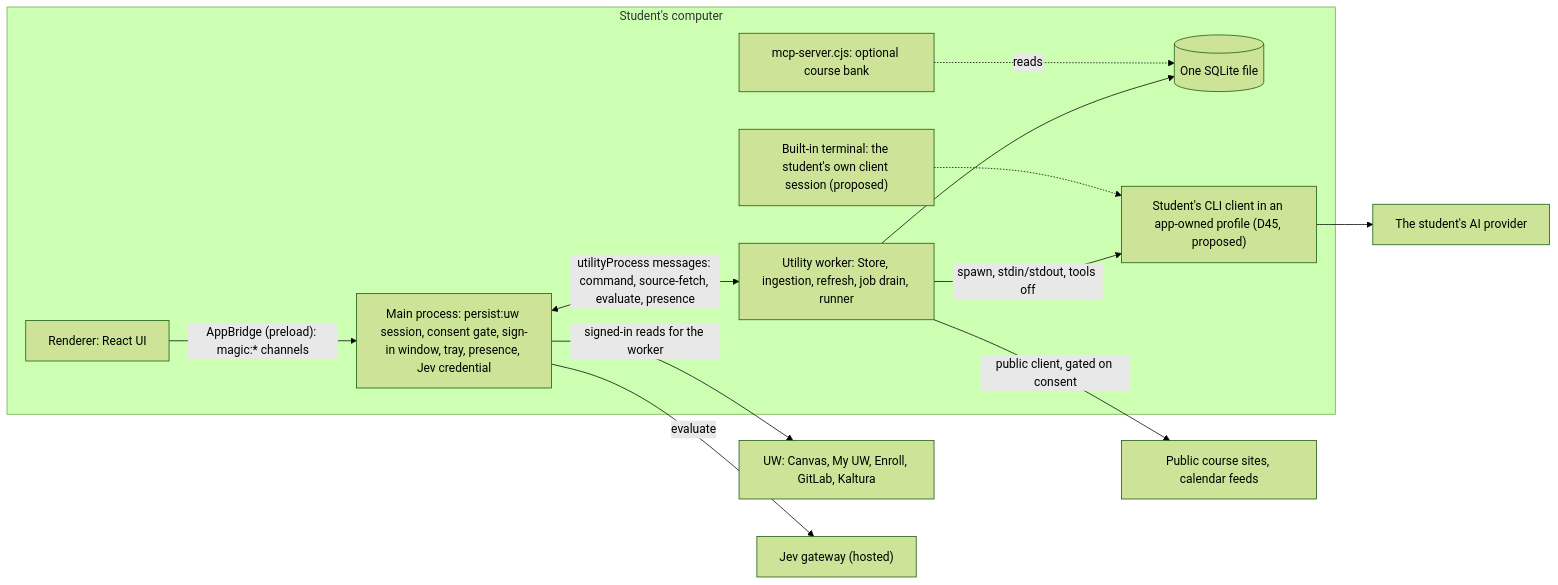
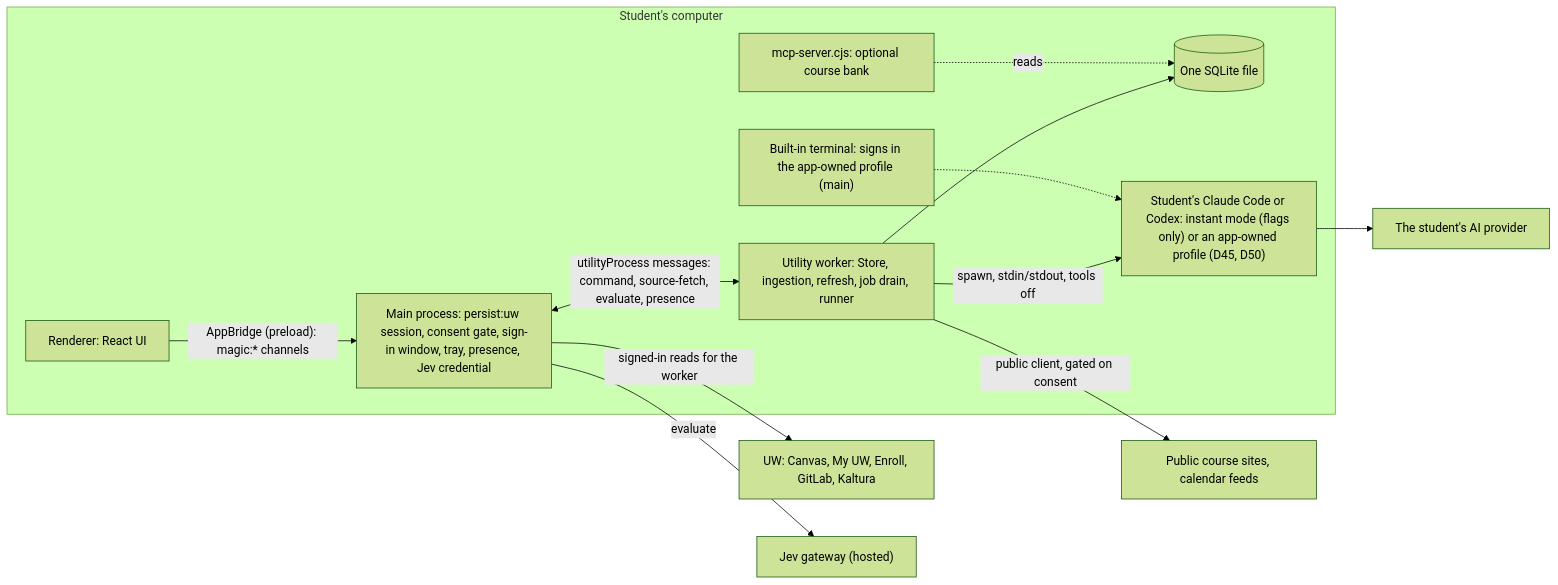
One commit to benverhaalen/magic-uw changed the first of 4 diagrams in docs/course-backend-architecture.md. Above: the diagram before and after it, drawn with Mermaid (forest theme). The commit also changed other lines of this file and 5 other files, not shown here.

````diff
--- a/docs/course-backend-architecture.md
+++ b/docs/course-backend-architecture.md
@@ -102,17 +27,17 @@
 ```mermaid
 flowchart LR
   subgraph PC["Student's computer"]
     R["Renderer: React UI"] -->|"AppBridge (preload): magic:* channels"| M
     M["Main process: persist:uw session, consent gate, sign-in window, tray, presence, Jev credential"]
     M <-->|"utilityProcess messages: command, source-fetch, evaluate, presence"| W
     W["Utility worker: Store, ingestion, refresh, job drain, runner"]
     W --> DB[("One SQLite file")]
-    W -->|"spawn, stdin/stdout, tools off"| C["Student's CLI client in an app-owned profile (D45, proposed)"]
-    T["Built-in terminal: the student's own client session (proposed)"] -.-> C
+    W -->|"spawn, stdin/stdout, tools off"| C["Student's Claude Code or Codex: instant mode (flags only) or an app-owned profile (D45, D50)"]
+    T["Built-in terminal: signs in the app-owned profile (main)"] -.-> C
     MCP["mcp-server.cjs: optional course bank"] -.->|"reads"| DB
   end
   M -->|"signed-in reads for the worker"| UW["UW: Canvas, My UW, Enroll, GitLab, Kaltura"]
   W -->|"public client, gated on consent"| PUB["Public course sites, calendar feeds"]
   M -->|"evaluate"| JEV["Jev gateway (hosted)"]
   C --> AI["The student's AI provider"]
 ```
````
